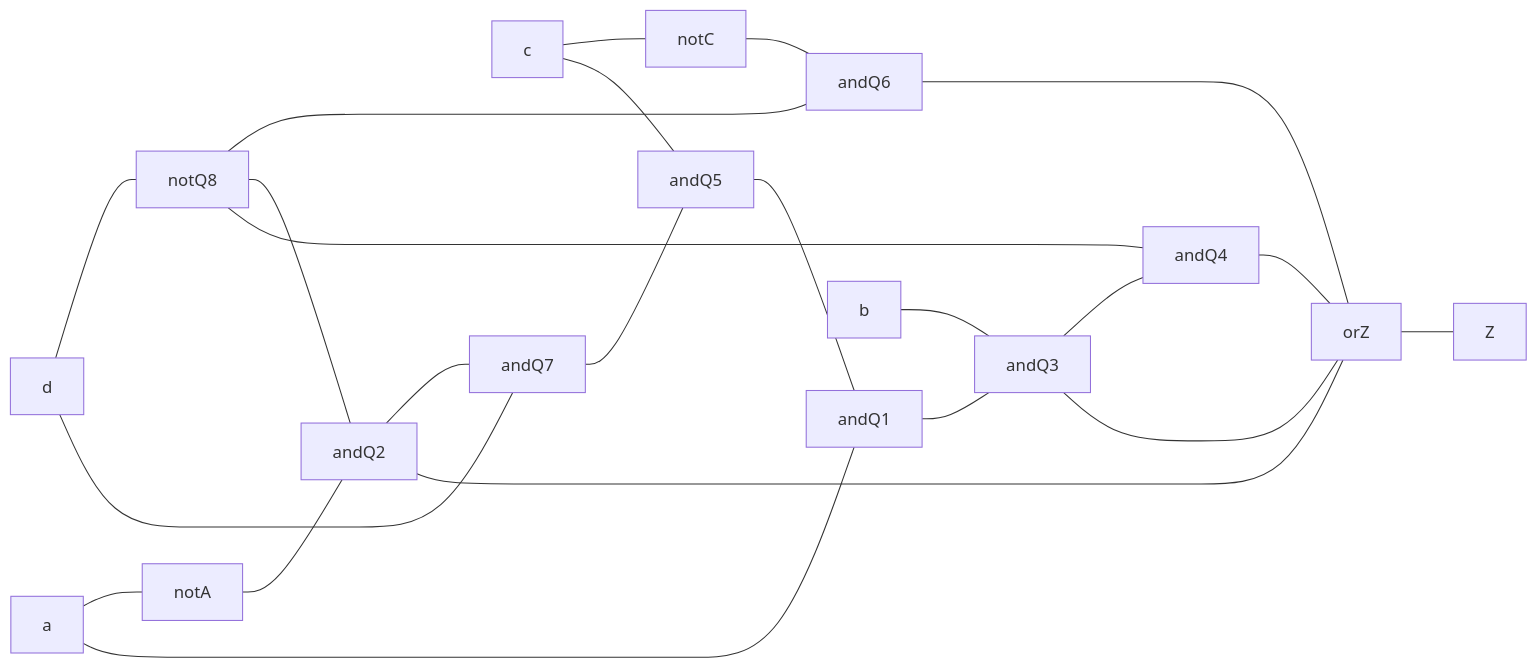
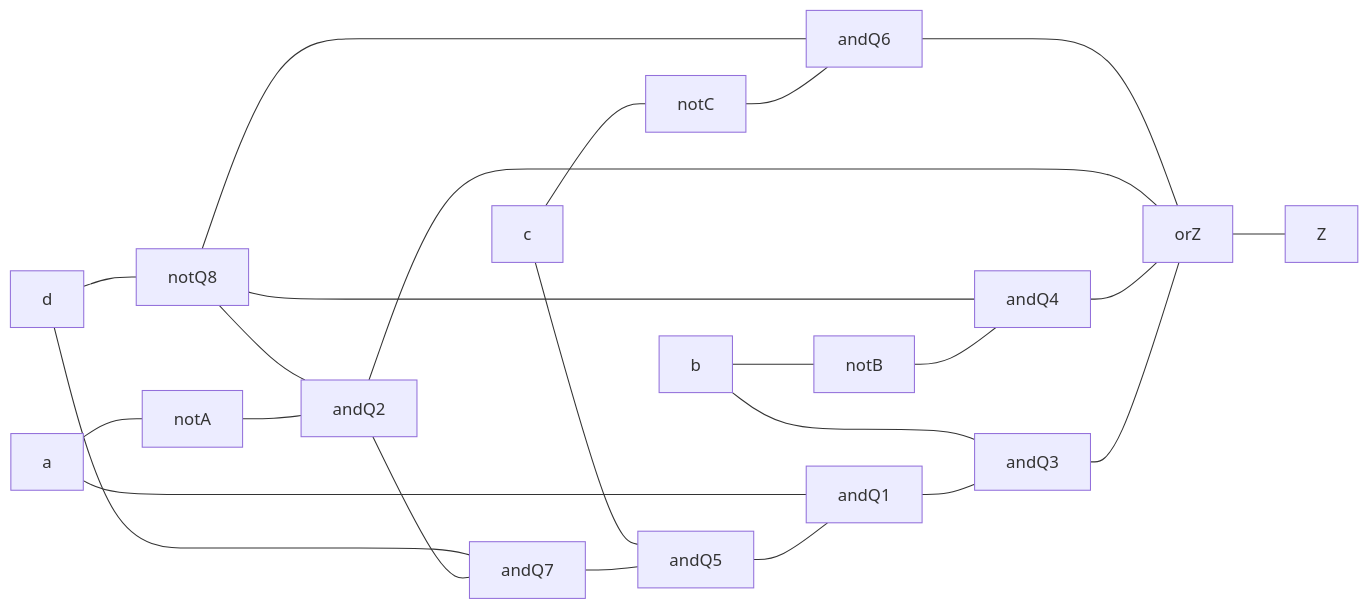
The first of 2 diagrams in CSDS 281 - Logic Design/HW/3/Tables.md (tnichols217/notes), drawn with Mermaid before and after one commit.

Commit message:
vault backup: 2024-02-14 19:40:21

````diff
--- a/CSDS 281 - Logic Design/HW/3/Tables.md
+++ b/CSDS 281 - Logic Design/HW/3/Tables.md
@@ -2,28 +2,30 @@
 ```mermaid
 flowchart LR
 
 d --- notQ8
 
 c --- notC
 
 notQ8 & notC --- andQ6
 
 a --- notA
 
 notQ8 & notA --- andQ2
 
 d & andQ2 --- andQ7
 
 c & andQ7 --- andQ5
 
 a & andQ5 --- andQ1
 
 b & andQ1 --- andQ3
 
-notQ8 & andQ3 --- andQ4
+b --- notB
+
+notQ8 & notB --- andQ4
 
 andQ6 & andQ2 & andQ4 & andQ3 --- orZ
 
 orZ --- Z
 
 ```
````
